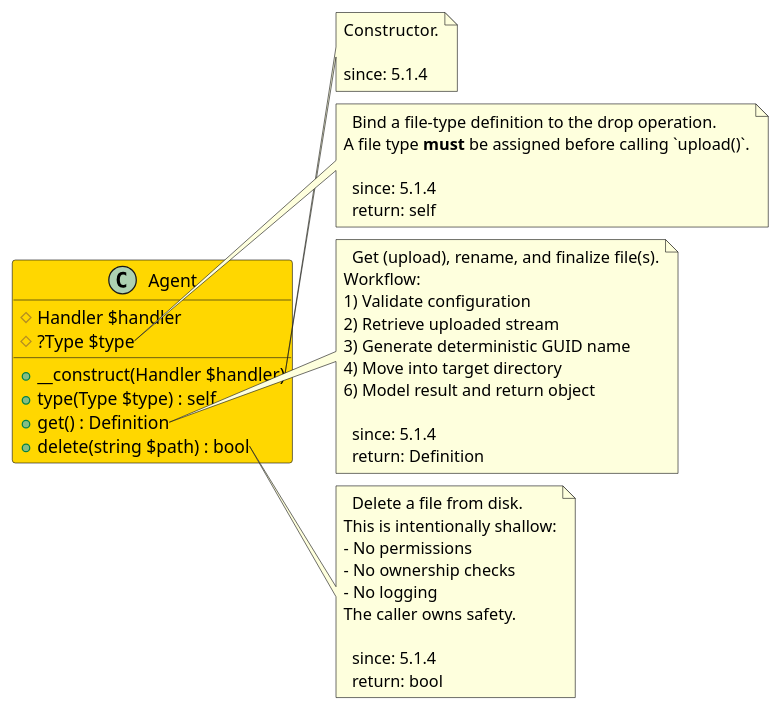
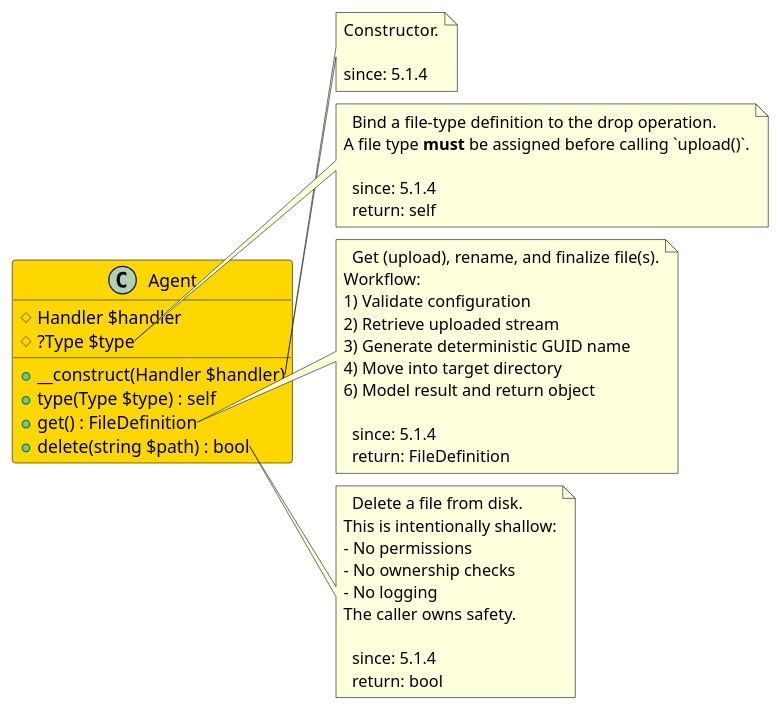
One commit to joomengine/super-powers changed the diagram in src/d4b415ad-20d7-4b33-a957-88024b56e3f0/README.md. Above: the diagram before and after it, drawn with PlantUML. The commit also changed 22 other files, not shown here.

````diff
--- a/src/d4b415ad-20d7-4b33-a957-88024b56e3f0/README.md
+++ b/src/d4b415ad-20d7-4b33-a957-88024b56e3f0/README.md
@@ -5,53 +5,53 @@
 ```uml
 @startuml
 
 class Agent  #Gold {
   # Handler $handler
   # ?Type $type
   + __construct(Handler $handler)
   + type(Type $type) : self
-  + get() : Definition
+  + get() : FileDefinition
   + delete(string $path) : bool
 }
 
 note right of Agent::__construct
   Constructor.
 
   since: 5.1.4
 end note
 
 note right of Agent::type
   Bind a file-type definition to the drop operation.
 A file type **must** be assigned before calling `upload()`.
 
   since: 5.1.4
   return: self
 end note
 
 note right of Agent::get
   Get (upload), rename, and finalize file(s).
 Workflow:
 1) Validate configuration
 2) Retrieve uploaded stream
 3) Generate deterministic GUID name
 4) Move into target directory
 6) Model result and return object
 
   since: 5.1.4
-  return: Definition
+  return: FileDefinition
 end note
 
 note right of Agent::delete
   Delete a file from disk.
 This is intentionally shallow:
 - No permissions
 - No ownership checks
 - No logging
 The caller owns safety.
 
   since: 5.1.4
   return: bool
 end note
 
 @enduml
 ```
````
